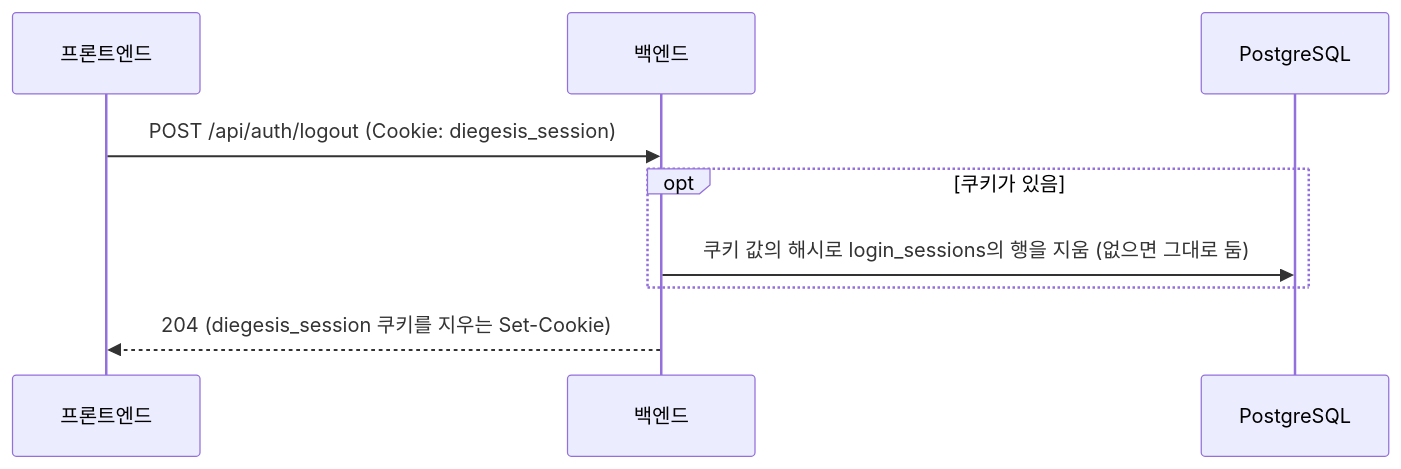
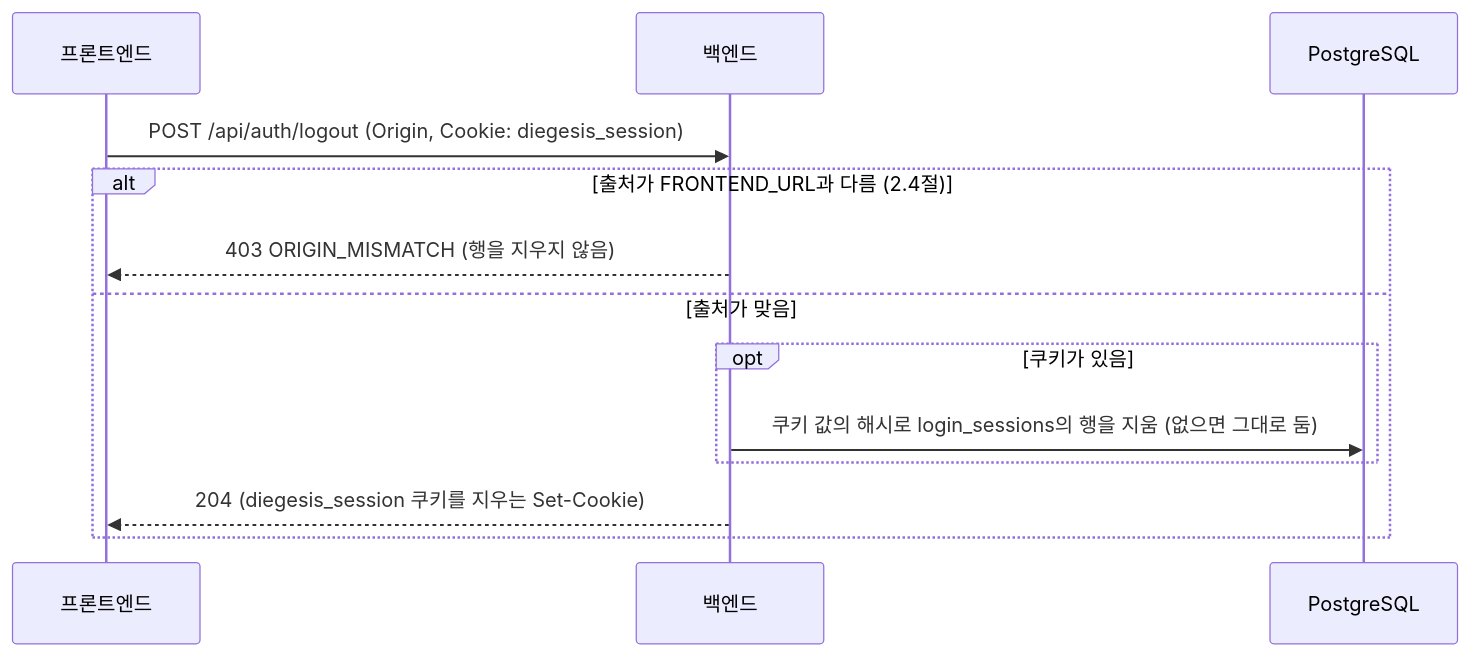
One commit to diegesis-labs/BE changed the fourth of 5 diagrams in docs/API.md. Above: the diagram before and after it, drawn with Mermaid. The commit also changed other lines of this file and 12 other files, not shown here.

````diff
--- a/docs/API.md
+++ b/docs/API.md
@@ -297,12 +337,16 @@
     ```mermaid
     sequenceDiagram
       participant FE as 프론트엔드
       participant BE as 백엔드
       participant DB as PostgreSQL
 
-      FE->>BE: POST /api/auth/logout (Cookie: diegesis_session)
-      opt 쿠키가 있음
-        BE->>DB: 쿠키 값의 해시로 login_sessions의 행을 지움 (없으면 그대로 둠)
+      FE->>BE: POST /api/auth/logout (Origin, Cookie: diegesis_session)
+      alt 출처가 FRONTEND_URL과 다름 (2.4절)
+        BE-->>FE: 403 ORIGIN_MISMATCH (행을 지우지 않음)
+      else 출처가 맞음
+        opt 쿠키가 있음
+          BE->>DB: 쿠키 값의 해시로 login_sessions의 행을 지움 (없으면 그대로 둠)
+        end
+        BE-->>FE: 204 (diegesis_session 쿠키를 지우는 Set-Cookie)
       end
-      BE-->>FE: 204 (diegesis_session 쿠키를 지우는 Set-Cookie)
     ```
````
